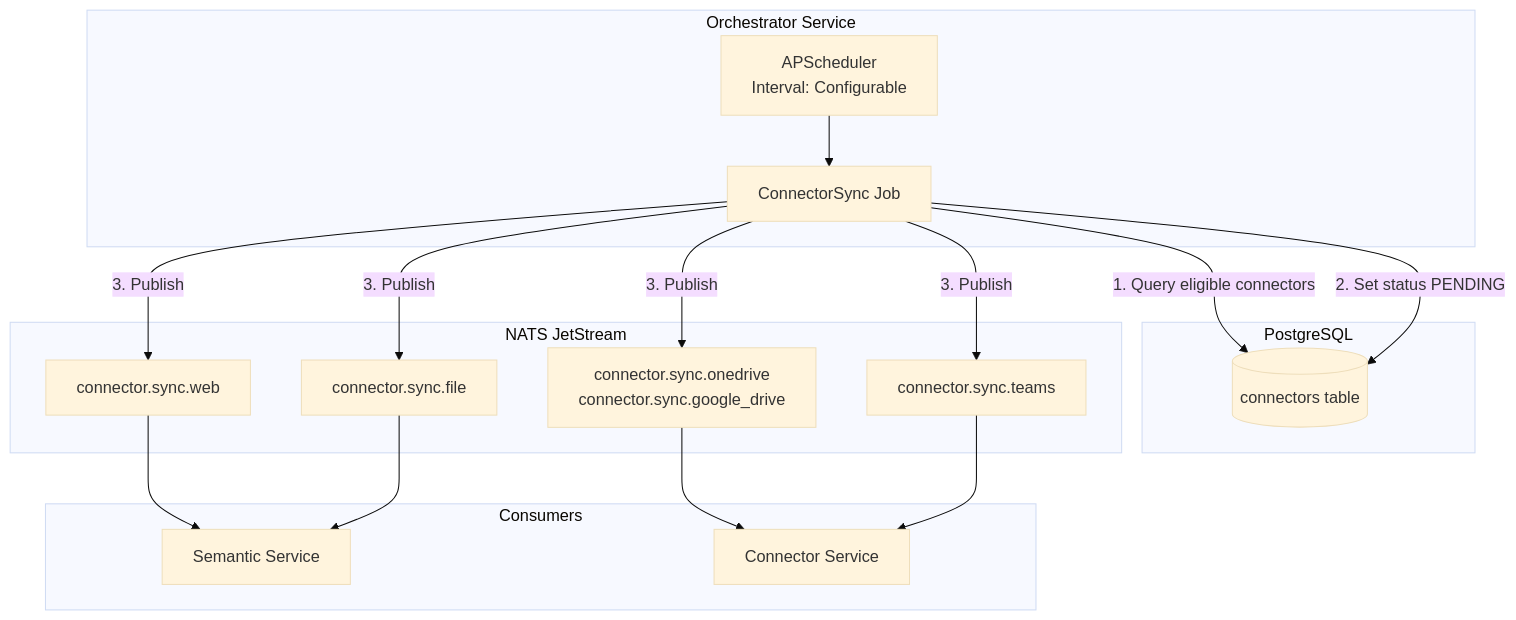
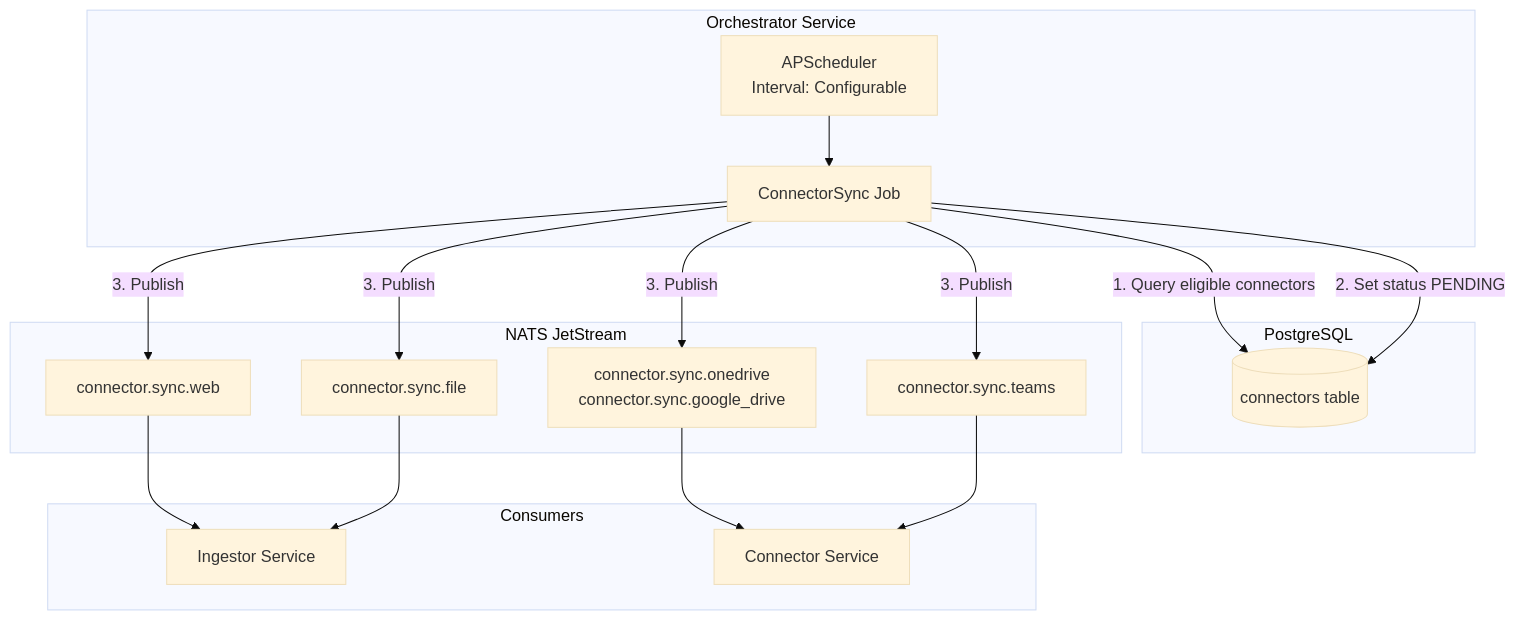
One commit to gen-mind/EchoMind changed the fourth of 5 diagrams in docs/services/orchestrator-service.md. Above: the diagram before and after it, drawn with Mermaid (base theme). The commit also changed other lines of this file and 3 other files, not shown here.

Commit message:
migrating from semantic to ingestor

````diff
--- a/docs/services/orchestrator-service.md
+++ b/docs/services/orchestrator-service.md
@@ -307,33 +307,33 @@
 ```mermaid
 flowchart TB
     subgraph Orchestrator["Orchestrator Service"]
         APS[APScheduler<br/>Interval: Configurable]
         JOB[ConnectorSync Job]
         APS --> JOB
     end
 
     subgraph DB["PostgreSQL"]
         CONN[(connectors table)]
     end
 
     subgraph NATS["NATS JetStream"]
         WEB[connector.sync.web]
         FILE[connector.sync.file]
         DRIVE[connector.sync.onedrive<br/>connector.sync.google_drive]
         TEAMS[connector.sync.teams]
     end
 
     subgraph Consumers
-        SEMANTIC[Semantic Service]
+        INGESTOR[Ingestor Service]
         CONNECTOR[Connector Service]
     end
 
     JOB -->|1. Query eligible connectors| CONN
     JOB -->|2. Set status PENDING| CONN
     JOB -->|3. Publish| WEB & FILE & DRIVE & TEAMS
 
-    WEB --> SEMANTIC
-    FILE --> SEMANTIC
+    WEB --> INGESTOR
+    FILE --> INGESTOR
     DRIVE --> CONNECTOR
     TEAMS --> CONNECTOR
 ```
````
